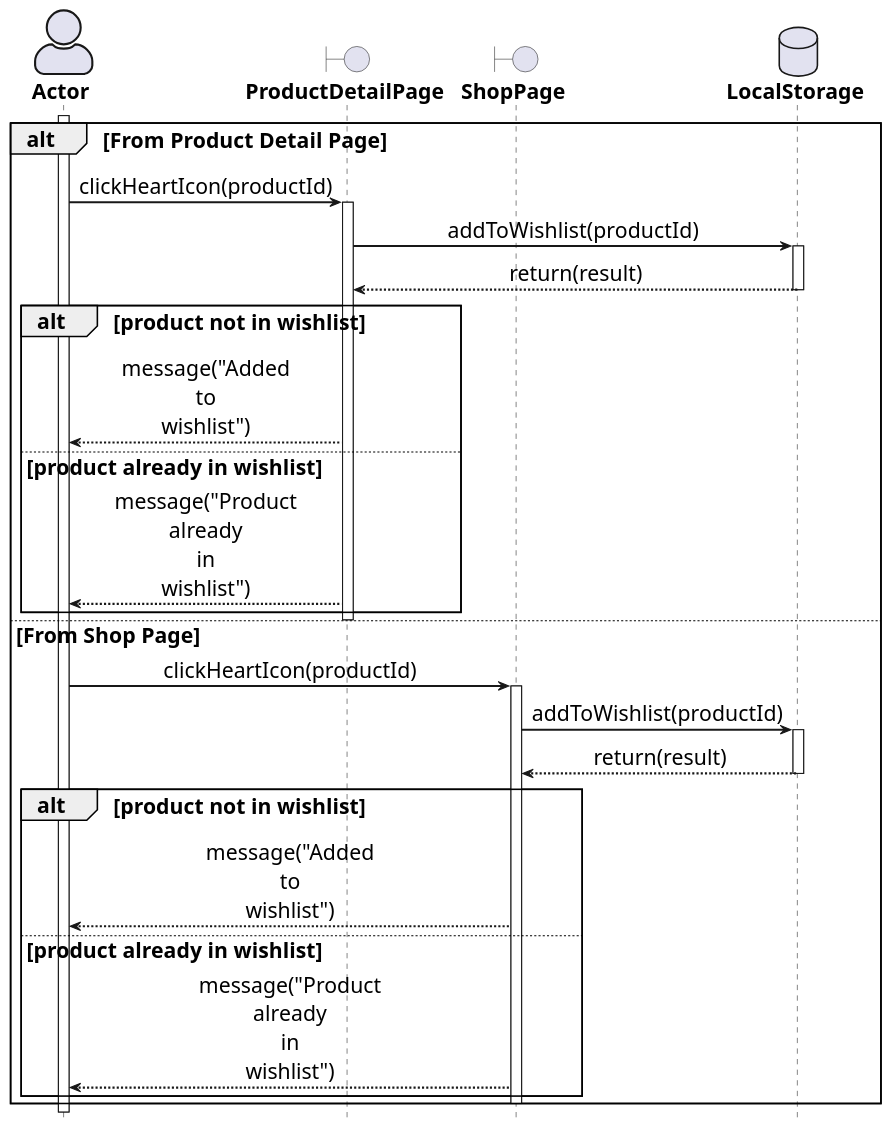
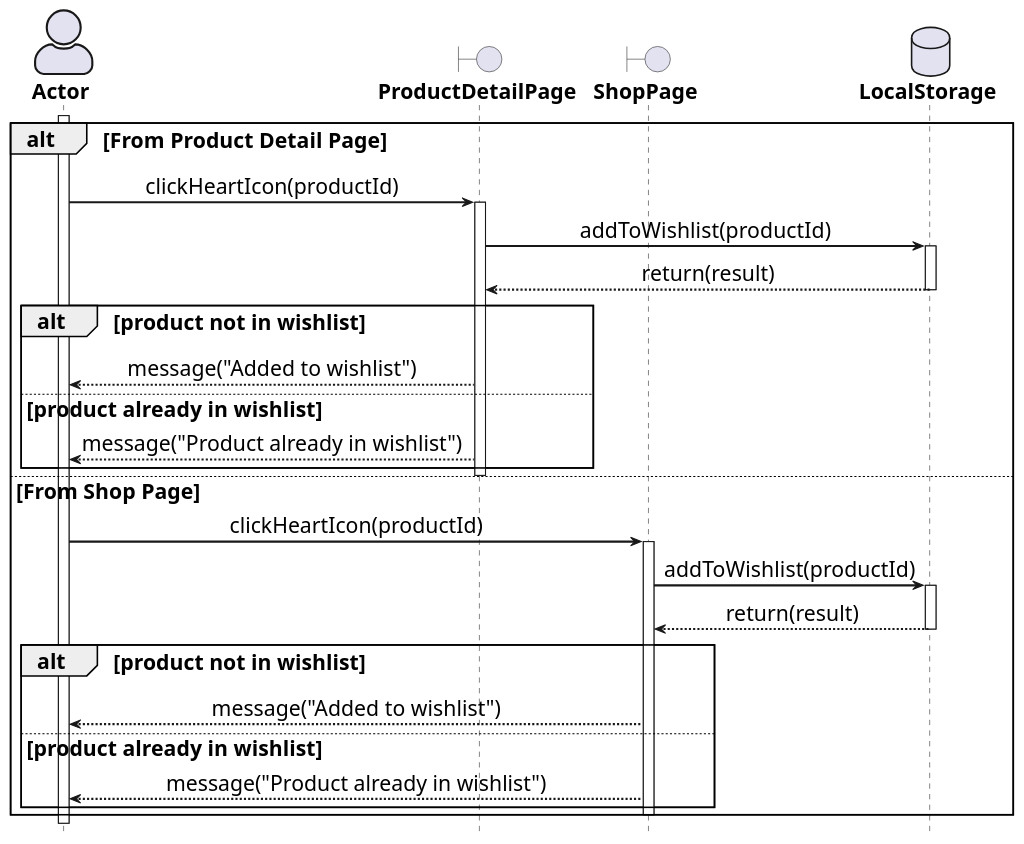
Before and after one commit to phuquy-28/clothing-store-spring: the diagram in docs/sequence-diagram/add-to-wishlist.pu, drawn with PlantUML. The commit also changed 8 other files, not shown here.

Commit message:
add sequences; update security config

```diff
--- a/docs/sequence-diagram/add-to-wishlist.pu
+++ b/docs/sequence-diagram/add-to-wishlist.pu
@@ -1,73 +1,73 @@
 @startuml
 
 ' General configuration
 skinparam defaultFontSize 20
-skinparam maxMessageSize 60
+' skinparam maxMessageSize 60
 skinparam sequenceMessageAlign center
 
 ' Actor style configuration
 skinparam actorStyle awesome
 
 ' Arrow and border thickness configuration
 skinparam {
     ArrowThickness 2
     ParticipantBorderThickness 2
     ActorBorderThickness 2
     LifeLineBorderThickness 2
     ActivationBorderThickness 2
 }
 
 ' Life line color configuration
 skinparam LifeLineBorderColor black
 
 ' Font style configuration for components
 skinparam {
     actorFontStyle bold
     boundaryFontStyle bold
     controlFontStyle bold
     entityFontStyle bold
     databaseFontStyle bold
 }
 
 ' Define components
 actor "Actor" as actor
 boundary "ProductDetailPage" as detailPage
 boundary "ShopPage" as shopPage
 database "LocalStorage" as localStorage
 
 ' Start processing flow
 activate actor
 
 alt From Product Detail Page
     actor -> detailPage: clickHeartIcon(productId)
     activate detailPage
     detailPage -> localStorage: addToWishlist(productId)
     activate localStorage
     localStorage --> detailPage: return(result)
     deactivate localStorage
     alt product not in wishlist
         detailPage --> actor: message("Added to wishlist")
     else product already in wishlist
         detailPage --> actor: message("Product already in wishlist")
     end
     deactivate localStorage
     deactivate detailPage
 
 else From Shop Page
     actor -> shopPage: clickHeartIcon(productId)
     activate shopPage
     shopPage -> localStorage: addToWishlist(productId)
     activate localStorage
     localStorage --> shopPage: return(result)
     deactivate localStorage
     alt product not in wishlist
         shopPage --> actor: message("Added to wishlist")
     else product already in wishlist
         shopPage --> actor: message("Product already in wishlist")
     end
     deactivate localStorage
     deactivate shopPage
 end
 
 hide footbox
 @enduml
```
